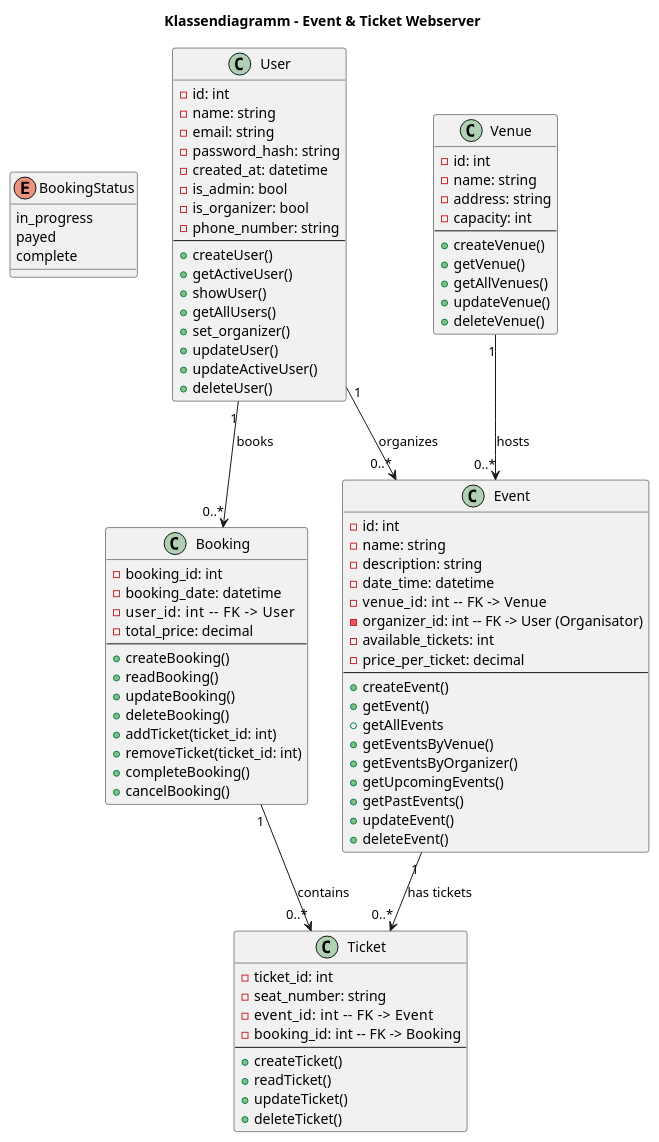
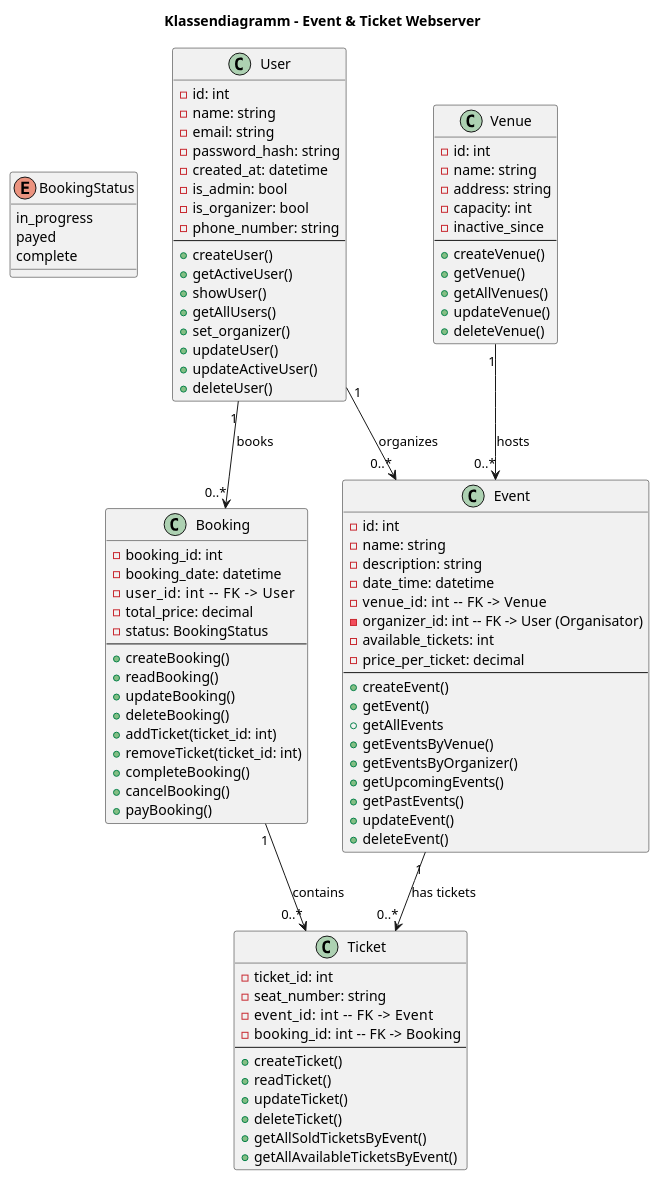
Before and after one commit to Tandll48/5ahit-sew-eventManager: the diagram in backend/app/uml.md, drawn with PlantUML. The commit also changed 12 other files, not shown here.

Commit message:
booking +tickets done

```diff
--- a/backend/app/uml.md
+++ b/backend/app/uml.md
@@ -33,6 +33,7 @@
   - name: string
   - address: string
   - capacity: int
+  - inactive_since
   --
   + createVenue()
   + getVenue()
@@ -72,6 +73,8 @@
   + readTicket()
   + updateTicket()
   + deleteTicket()
+  + getAllSoldTicketsByEvent()
+  + getAllAvailableTicketsByEvent()
 }
 
 class Booking {
@@ -79,6 +82,7 @@
   - booking_date: datetime
   - user_id: int     -- FK -> User
   - total_price: decimal
+  - status: BookingStatus
   --
   + createBooking()
   + readBooking()
@@ -88,6 +92,7 @@
   + removeTicket(ticket_id: int)
   + completeBooking()
   + cancelBooking()
+  + payBooking()
 }
 
 ' Venue 1 -> * Event
```
